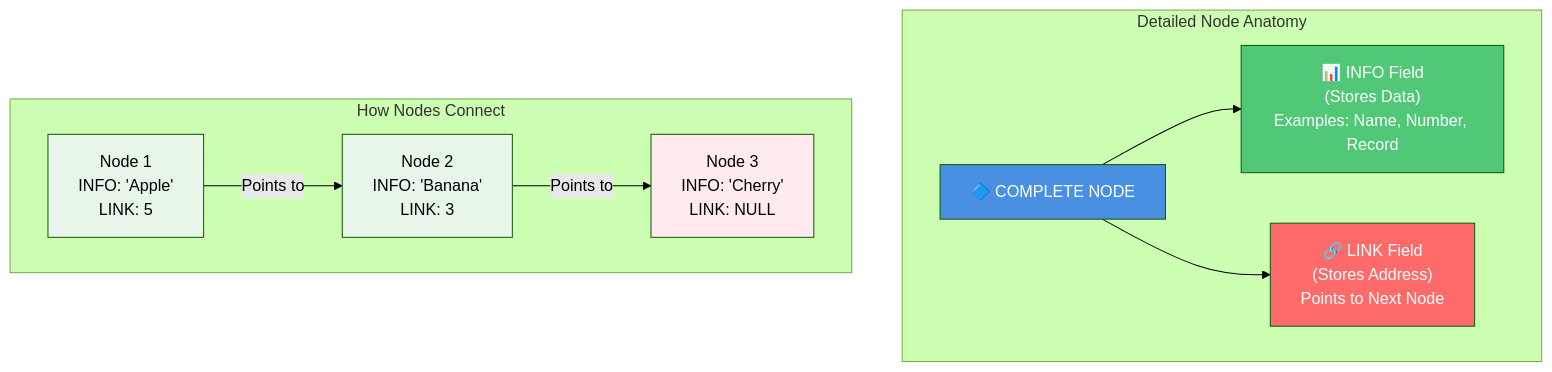
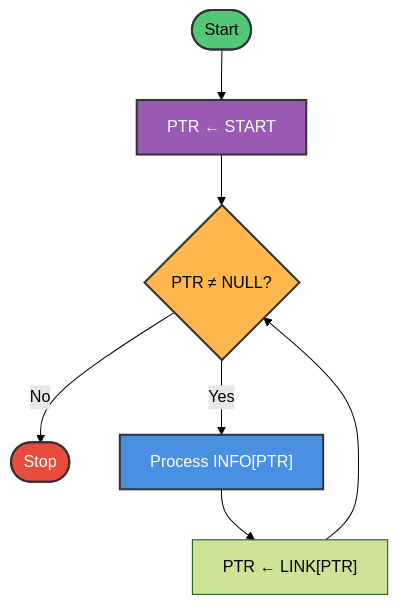
One commit to M-F-Tushar/CSE-2101-Data-Structure changed the ninth of 54 diagrams in Chapter 5 - Linked Lists/README.md. Above: the diagram before and after it, drawn with Mermaid (forest theme). The commit also changed other lines of this file, not shown here.

````diff
--- a/Chapter 5 - Linked Lists/README.md
+++ b/Chapter 5 - Linked Lists/README.md
@@ -243,21 +977,15 @@
 ```mermaid
-graph TB
-    subgraph "Detailed Node Anatomy"
-        N["🔷 COMPLETE NODE"]
-        N --> I["📊 INFO Field<br/>(Stores Data)<br/>Examples: Name, Number, Record"]
-        N --> L["🔗 LINK Field<br/>(Stores Address)<br/>Points to Next Node"]
-        
-        style N fill:#4a90e2,color:#fff
-        style I fill:#50c878,color:#fff
-        style L fill:#ff6b6b,color:#fff
-    end
+flowchart TD
+    START_NODE([Start]) --> INIT["PTR ← START"]
+    INIT --> CHECK{"PTR ≠ NULL?"}
+    CHECK -->|No| STOP([Stop])
+    CHECK -->|Yes| PROCESS["Process INFO[PTR]"]
+    PROCESS --> UPDATE["PTR ← LINK[PTR]"]
+    UPDATE --> CHECK
     
-    subgraph "How Nodes Connect"
-        N1["Node 1<br/>INFO: 'Apple'<br/>LINK: 5"] -->|Points to| N2["Node 2<br/>INFO: 'Banana'<br/>LINK: 3"]
-        N2 -->|Points to| N3["Node 3<br/>INFO: 'Cherry'<br/>LINK: NULL"]
-        
-        style N1 fill:#e8f5e9
-        style N2 fill:#e8f5e9
-        style N3 fill:#ffebee
-    end
+    style START_NODE fill:#50C878,stroke:#333,stroke-width:2px,color:#000
+    style STOP fill:#E94B3C,stroke:#333,stroke-width:2px,color:#fff
+    style CHECK fill:#FFB84D,stroke:#333,stroke-width:2px,color:#000
+    style PROCESS fill:#4A90E2,stroke:#333,stroke-width:2px,color:#fff
+    style INIT fill:#9B59B6,stroke:#333,stroke-width:2px,color:#fff
 ```
````
